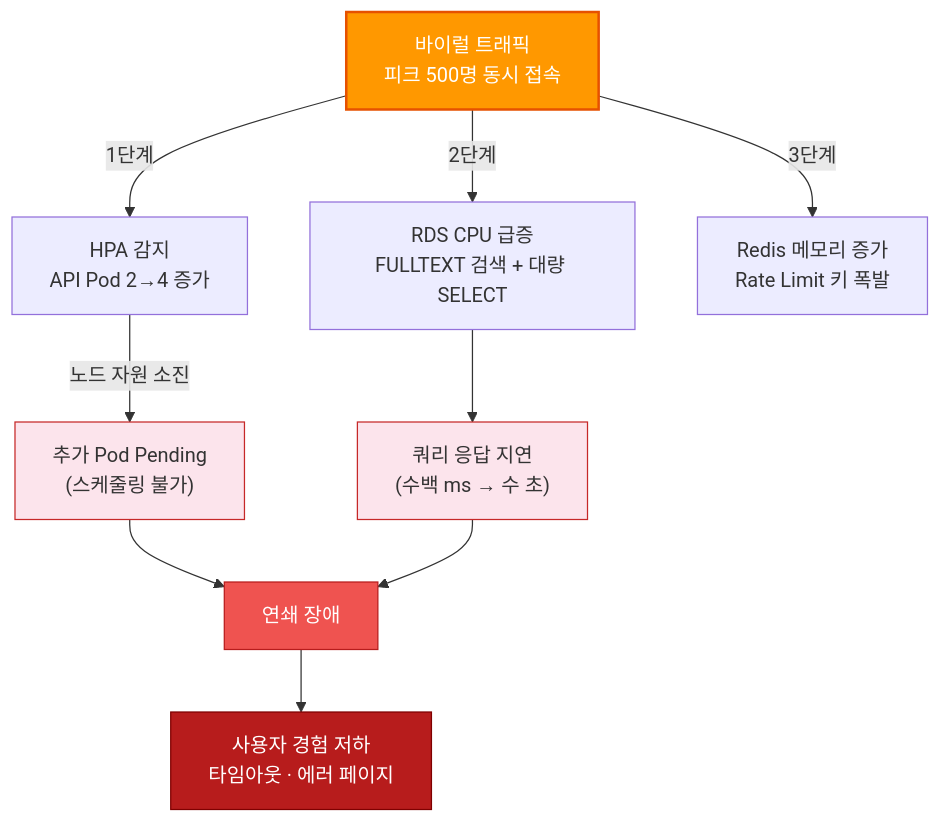
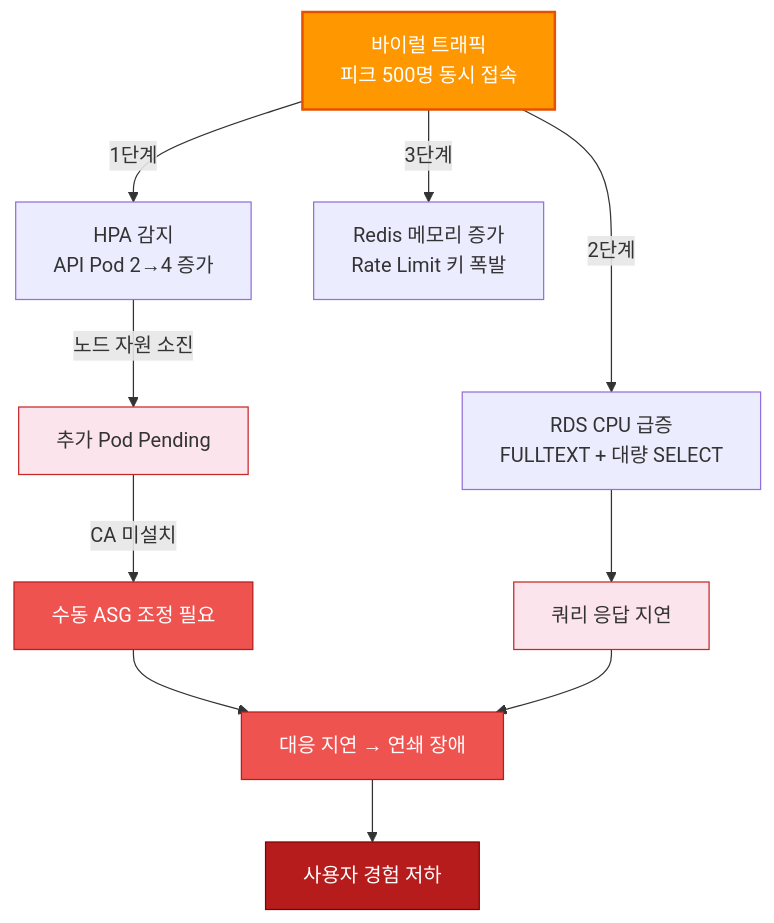
One commit to 80-hours-a-week/2-cho-community-infra changed diagram 11 of 17 in report.md. Above: the diagram before and after it, drawn with Mermaid. The commit also changed other lines of this file and 1 other file, not shown here.

````diff
--- a/report.md
+++ b/report.md
@@ -532,22 +577,24 @@
 ```mermaid
 flowchart TD
     Viral["바이럴 트래픽<br/>피크 500명 동시 접속"]
 
     Viral -->|"1단계"| HPA_Scale["HPA 감지<br/>API Pod 2→4 증가"]
-    HPA_Scale -->|"노드 자원 소진"| Pod_Pending["추가 Pod Pending<br/>(스케줄링 불가)"]
+    HPA_Scale -->|"노드 자원 소진"| Pod_Pending["추가 Pod Pending"]
+    Pod_Pending -->|"CA 미설치"| Manual_Intervention["수동 ASG 조정 필요"]
 
-    Viral -->|"2단계"| DB_Pressure["RDS CPU 급증<br/>FULLTEXT 검색 + 대량 SELECT"]
-    DB_Pressure --> Slow_Query["쿼리 응답 지연<br/>(수백 ms → 수 초)"]
+    Viral -->|"2단계"| DB_Pressure["RDS CPU 급증<br/>FULLTEXT + 대량 SELECT"]
+    DB_Pressure --> Slow_Query["쿼리 응답 지연"]
 
     Viral -->|"3단계"| Redis_Pressure["Redis 메모리 증가<br/>Rate Limit 키 폭발"]
 
-    Pod_Pending --> Cascade["연쇄 장애"]
+    Manual_Intervention --> Cascade["대응 지연 → 연쇄 장애"]
     Slow_Query --> Cascade
-    Cascade --> User_Impact["사용자 경험 저하<br/>타임아웃 · 에러 페이지"]
+    Cascade --> User_Impact["사용자 경험 저하"]
 
     style Viral fill:#ff9800,color:#fff,stroke:#e65100,stroke-width:2px
     style Pod_Pending fill:#fce4ec,stroke:#c62828
+    style Manual_Intervention fill:#ef5350,color:#fff,stroke:#b71c1c
     style Slow_Query fill:#fce4ec,stroke:#c62828
     style Cascade fill:#ef5350,color:#fff,stroke:#b71c1c
     style User_Impact fill:#b71c1c,color:#fff,stroke:#7f0000
 ```
````
